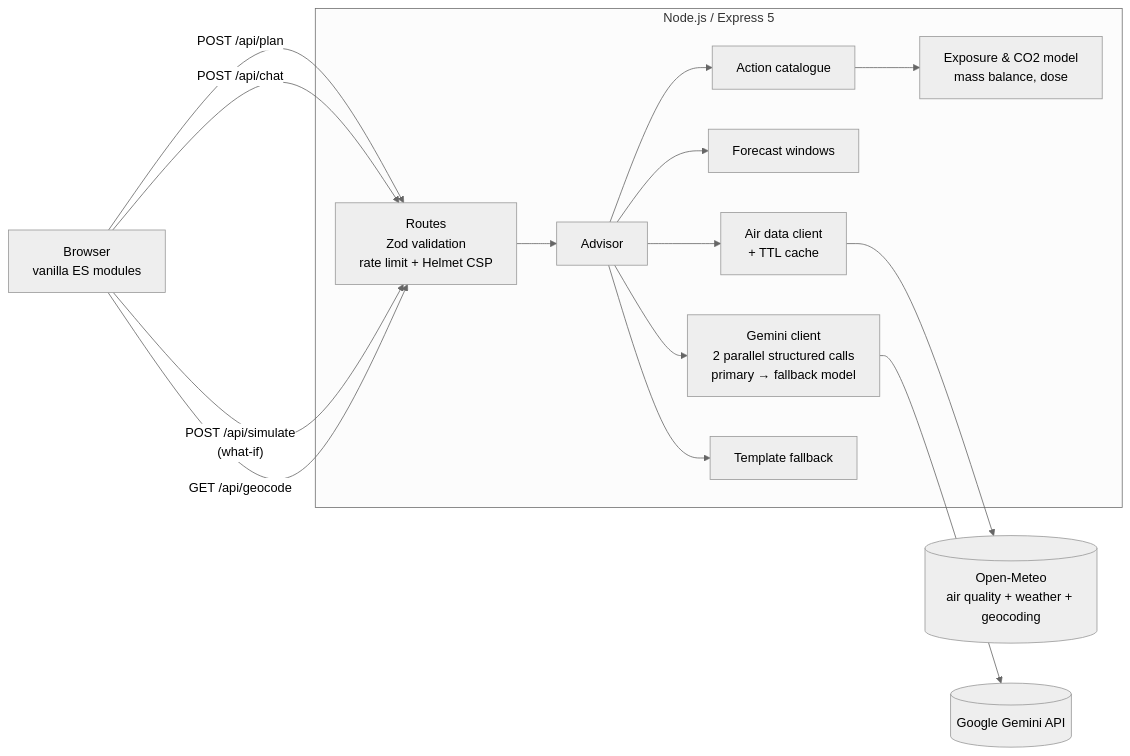
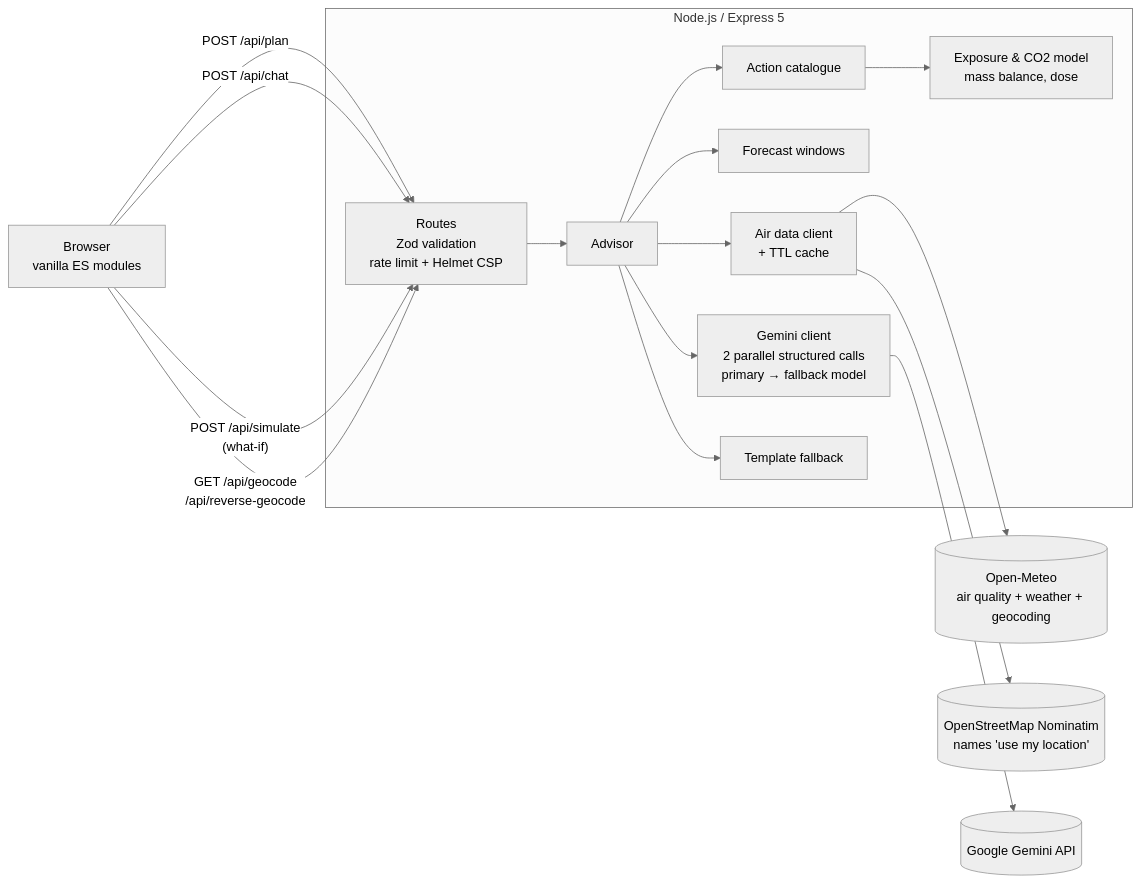
Before and after one commit to mk12002/AirWise: the diagram in README.md, drawn with Mermaid (neutral theme). The commit also changed other lines of this file and 17 other files, not shown here.

````diff
--- a/README.md
+++ b/README.md
@@ -44,18 +44,19 @@
 ```mermaid
 flowchart LR
   UI[Browser<br/>vanilla ES modules] -- POST /api/plan --> API
   UI -- POST /api/chat --> API
   UI -- POST /api/simulate<br/>(what-if) --> API
-  UI -- GET /api/geocode --> API
+  UI -- GET /api/geocode<br/>/api/reverse-geocode --> API
   subgraph Server [Node.js / Express 5]
     API[Routes<br/>Zod validation<br/>rate limit + Helmet CSP] --> ADV[Advisor]
     ADV --> AIR[Air data client<br/>+ TTL cache]
     ADV --> WIN[Forecast windows]
     ADV --> ACT[Action catalogue]
     ACT --> EXP[Exposure & CO2 model<br/>mass balance, dose]
     ADV --> G[Gemini client<br/>2 parallel structured calls<br/>primary → fallback model]
     ADV --> F[Template fallback]
   end
   AIR --> OM[(Open-Meteo<br/>air quality + weather + geocoding)]
+  AIR --> OSM[(OpenStreetMap Nominatim<br/>names 'use my location')]
   G --> Gemini[(Google Gemini API)]
 ```
````
